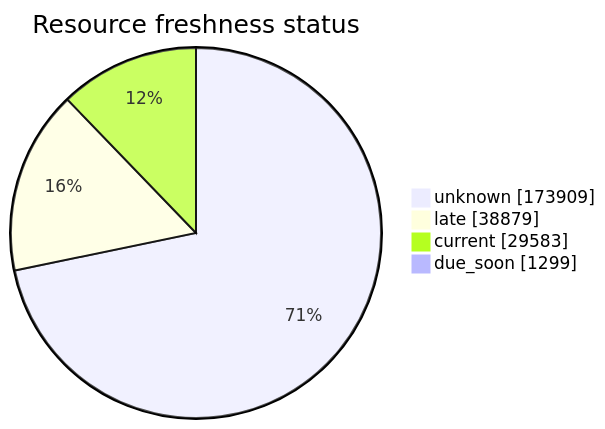
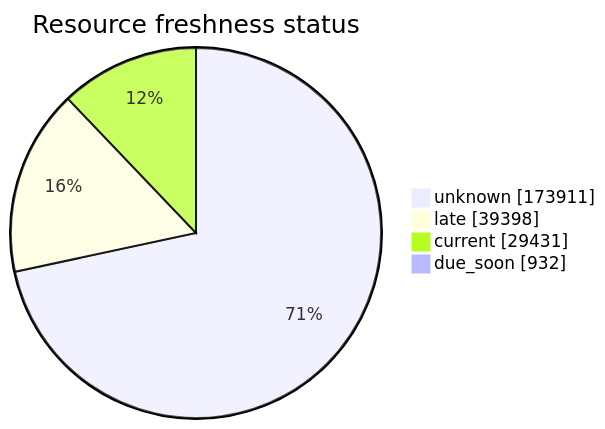
One commit to open-data/analytics-corporate-reporting changed the third of 5 diagrams in FreshCheck/README.md. Above: the diagram before and after it, drawn with Mermaid. The commit also changed other lines of this file and 3 other files, not shown here.

````diff
--- a/FreshCheck/README.md
+++ b/FreshCheck/README.md
@@ -77,7 +77,7 @@
 ```mermaid
 pie showData title Resource freshness status
-    "unknown": 173909
-    "late": 38879
-    "current": 29583
-    "due_soon": 1299
+    "unknown": 173911
+    "late": 39398
+    "current": 29431
+    "due_soon": 932
 ```
````
